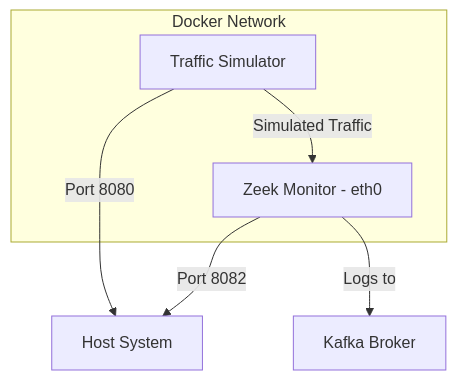
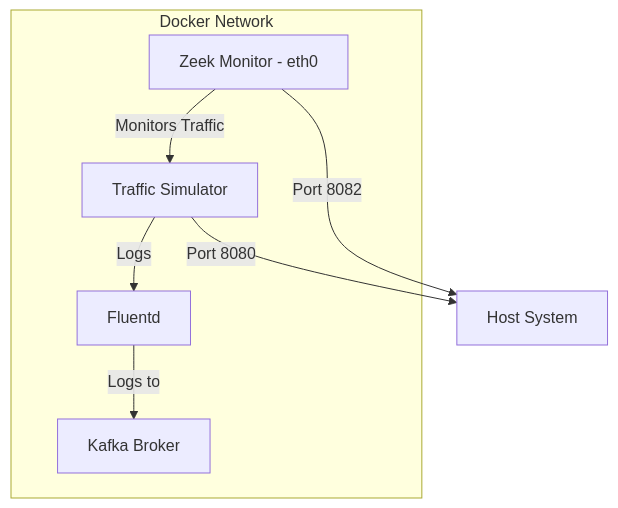
One commit to snowch/vastdata_siem_demo changed the diagram in README.md. Above: the diagram before and after it, drawn with Mermaid. The commit also changed other lines of this file, not shown here.

````diff
--- a/README.md
+++ b/README.md
@@ -13,14 +13,16 @@
 ```mermaid
 graph TD
     subgraph "Docker Network"
         Z[Zeek Monitor - eth0]
         T[Traffic Simulator]
-        T -- Simulated Traffic --> Z
+        F[Fluentd]
+        T -- Logs --> F
+        F -- Logs to --> K
+        Z -- Monitors Traffic --> T
     end
     H[Host System]
     K[Kafka Broker]
 
     T -- Port 8080 --> H
     Z -- Port 8082 --> H
-    Z -- Logs to --> K
 ```
````
